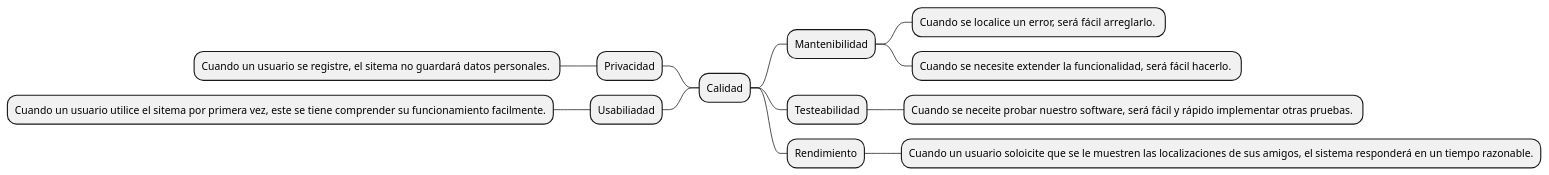
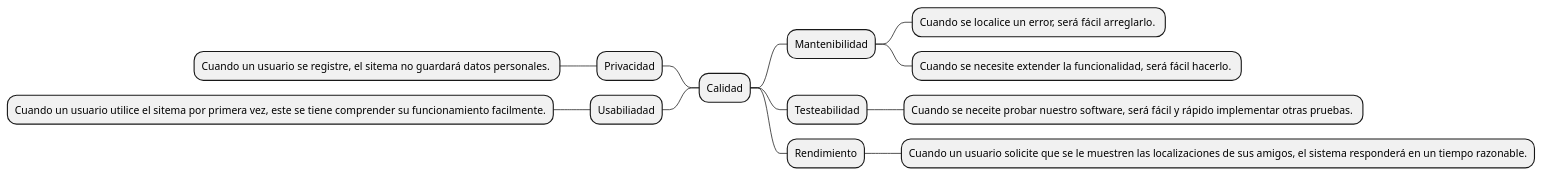
One commit to Arquisoft/radarin_es4b changed the diagram in webapp/docs/10_quality_scenarios.adoc. Above: the diagram before and after it, drawn with PlantUML. The commit also changed 9 other files, not shown here.

```diff
--- a/webapp/docs/10_quality_scenarios.adoc
+++ b/webapp/docs/10_quality_scenarios.adoc
@@ -7,26 +7,26 @@
 [plantuml,"Arbol de calidad",png]
 ----
 @startmindmap
 * Calidad
 left side
 ** Privacidad
 *** Cuando un usuario se registre, el sitema no guardará datos personales. 
 
 left side
 ** Usabiliadad
 *** Cuando un usuario utilice el sitema por primera vez, este se tiene comprender su funcionamiento facilmente.
 
 right side
 ** Mantenibilidad
 *** Cuando se localice un error, será fácil arreglarlo. 
 *** Cuando se necesite extender la funcionalidad, será fácil hacerlo. 
 
 right side
 ** Testeabilidad
 *** Cuando se neceite probar nuestro software, será fácil y rápido implementar otras pruebas. 
 
 right side
 ** Rendimiento
-*** Cuando un usuario soloicite que se le muestren las localizaciones de sus amigos, el sistema responderá en un tiempo razonable.
+*** Cuando un usuario solicite que se le muestren las localizaciones de sus amigos, el sistema responderá en un tiempo razonable.
 @endmindmap
 ----
```
